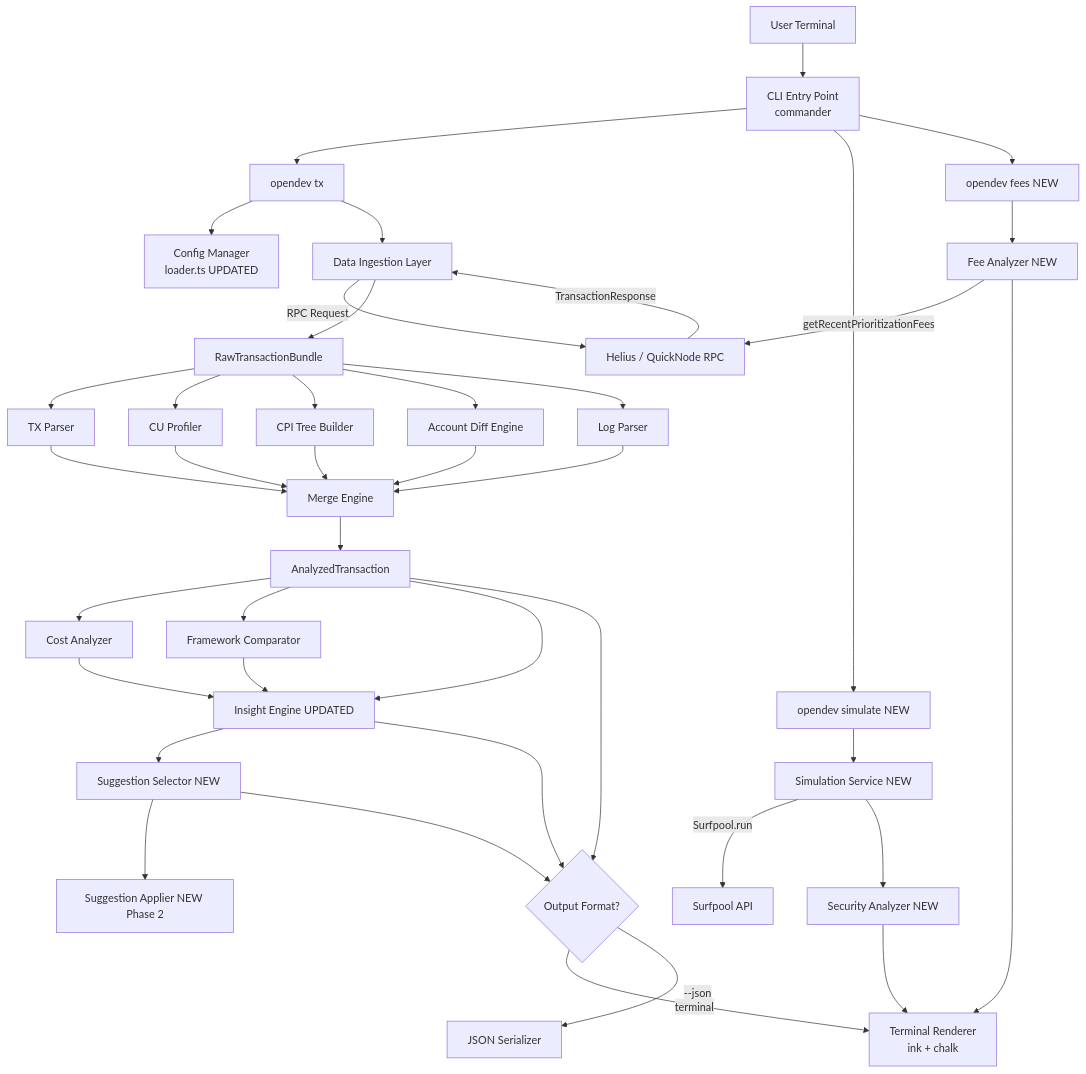
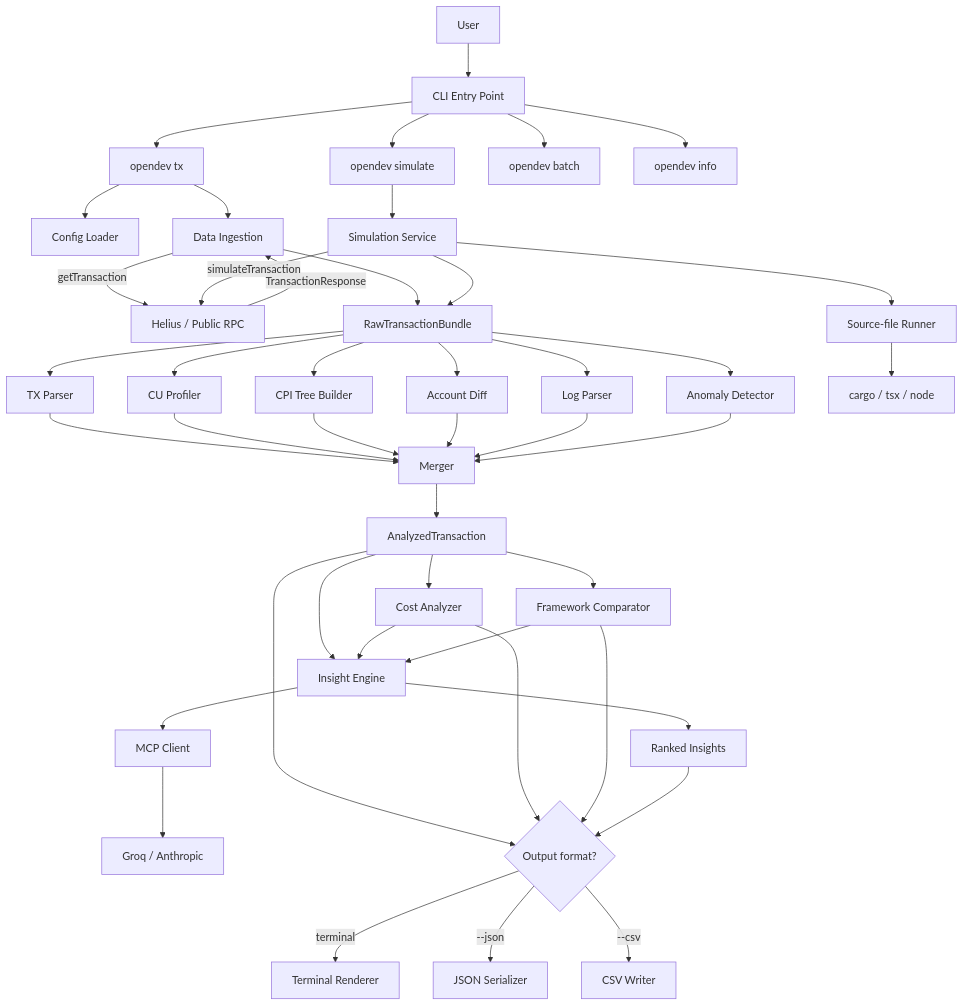
One commit to OpenSubmissionn/Open_DevTool changed the first of 2 diagrams in docs/Architecture_OPEN.md. Above: the diagram before and after it, drawn with Mermaid. The commit also changed other lines of this file and 6 other files, not shown here.

Commit message:
docs: improve Architecture

````diff
--- a/docs/Architecture_OPEN.md
+++ b/docs/Architecture_OPEN.md
@@ -1115,49 +316,41 @@
 ```mermaid
 graph TD
-    A[User Terminal] --> B[CLI Entry Point\ncommander]
+    A[User] --> B[CLI Entry Point]
     B --> B1[opendev tx]
-    B --> B2[opendev simulate NEW]
-    B --> B3[opendev fees NEW]
+    B --> B2[opendev simulate]
+    B --> B3[opendev batch]
+    B --> B4[opendev info]
 
-    B1 --> C[Config Manager\nloader.ts UPDATED]
-    B1 --> D[Data Ingestion Layer]
-    D -->|RPC Request| E[Helius / QuickNode RPC]
+    B1 --> C[Config Loader]
+    B1 --> D[Data Ingestion]
+    D -->|getTransaction| E[Helius / Public RPC]
     E -->|TransactionResponse| D
     D --> F[RawTransactionBundle]
 
     F --> G[TX Parser]
     F --> H[CU Profiler]
     F --> I[CPI Tree Builder]
-    F --> J[Account Diff Engine]
+    F --> J[Account Diff]
     F --> K[Log Parser]
+    F --> L[Anomaly Detector]
 
-    G --> L[Merge Engine]
-    H --> L
-    I --> L
-    J --> L
-    K --> L
+    G & H & I & J & K & L --> M[Merger]
+    M --> N[AnalyzedTransaction]
+    N --> O[Cost Analyzer]
+    N --> P[Framework Comparator]
+    N & O & P --> Q[Insight Engine]
+    Q --> R[MCP Client]
+    R --> Groq[Groq / Anthropic]
+    Q --> S[Ranked Insights]
 
-    L --> M[AnalyzedTransaction]
-    M --> N[Cost Analyzer]
-    M --> O[Framework Comparator]
-    N --> P[Insight Engine UPDATED]
-    O --> P
-    M --> P
-    P --> P2[Suggestion Selector NEW]
-    P2 --> P3[Suggestion Applier NEW Phase 2]
+    N & O & P & S --> T{Output format?}
+    T -->|terminal| U[Terminal Renderer]
+    T -->|--json| V[JSON Serializer]
+    T -->|--csv| W[CSV Writer]
 
-    M --> R{Output Format?}
-    P --> R
-    P2 --> R
-    R -->|terminal| S[Terminal Renderer\nink + chalk]
-    R -->|--json| T[JSON Serializer]
-
-    B2 --> SIM[Simulation Service NEW]
-    SIM -->|Surfpool.run| SURF[Surfpool API]
-    SIM --> SEC[Security Analyzer NEW]
-    SEC --> S
-
-    B3 --> FEE[Fee Analyzer NEW]
-    FEE -->|getRecentPrioritizationFees| E
-    FEE --> S
+    B2 --> SIM[Simulation Service]
+    SIM --> SR[Source-file Runner]
+    SR --> cargo[cargo / tsx / node]
+    SIM -->|simulateTransaction| E
+    SIM --> F
 ```
````
